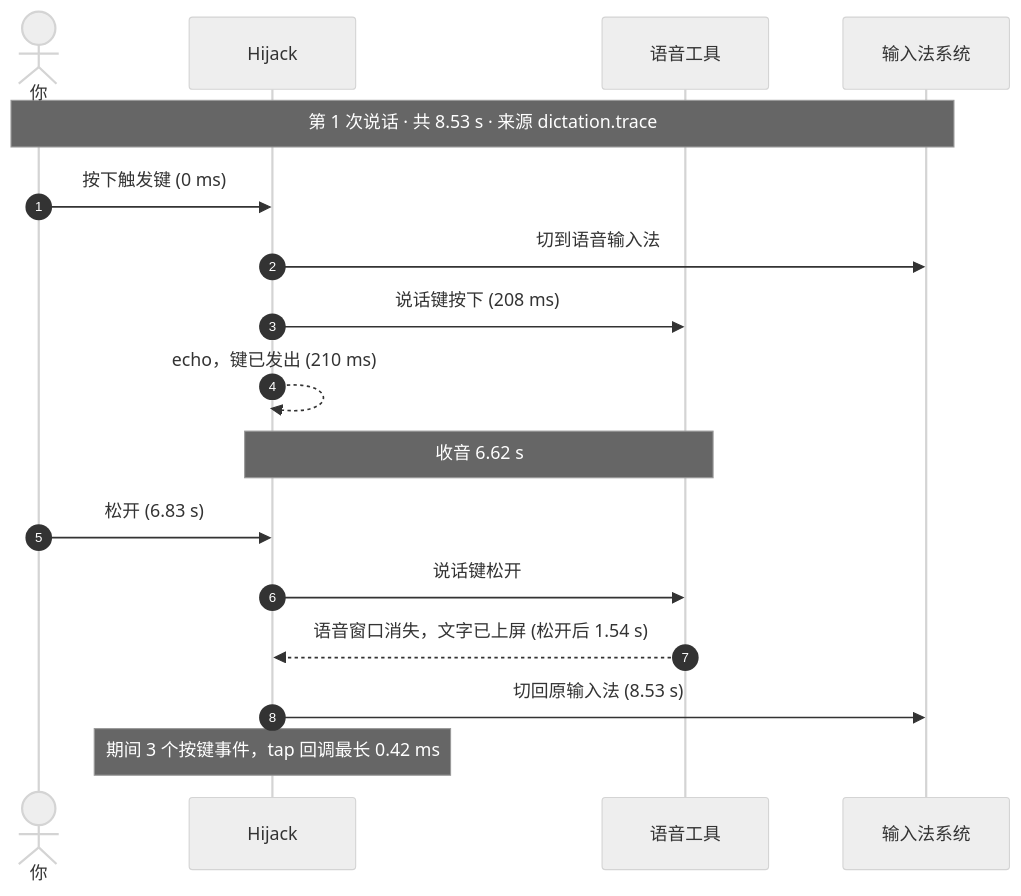
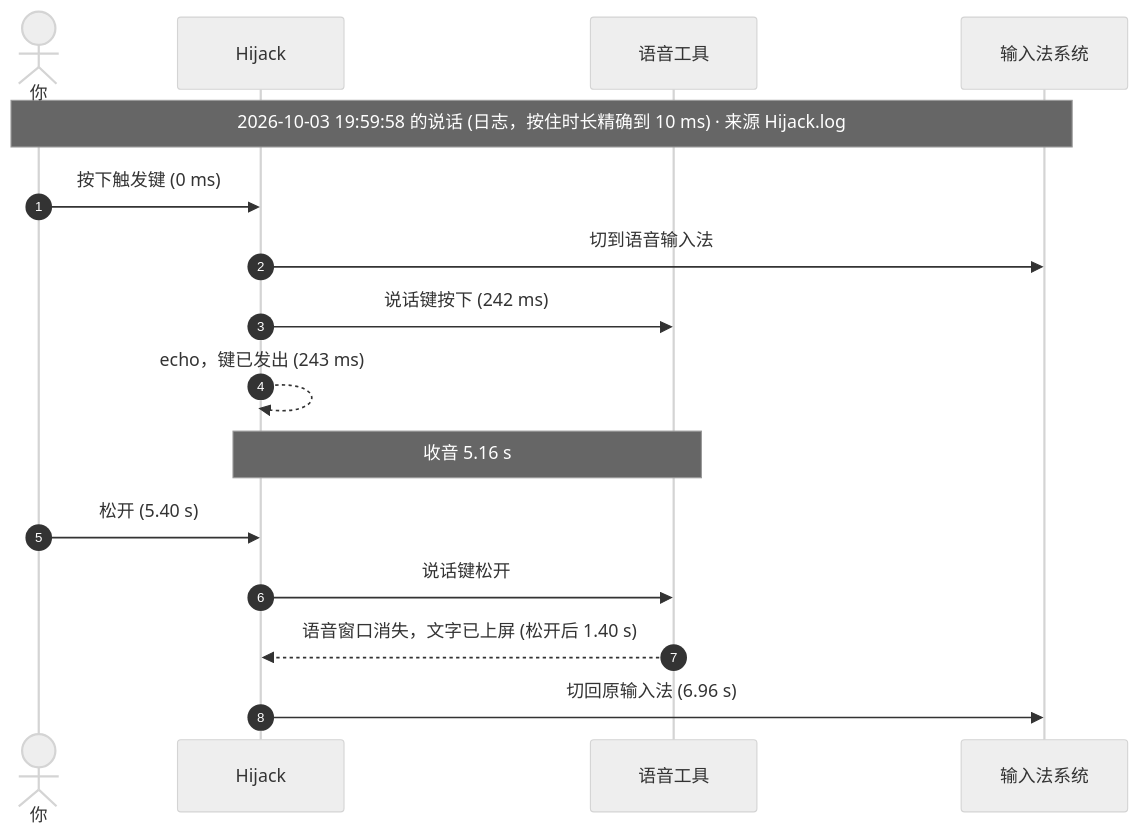
The diagram in docs/diagrams/sequence.mmd (zl190/hijack), drawn with Mermaid (neutral theme) before and after one commit. The commit also changed 2 other files, not shown here.

Commit message:
Sequence diagram from the log by default (no recording needed); held time logged to 10 ms

```diff
--- a/docs/diagrams/sequence.mmd
+++ b/docs/diagrams/sequence.mmd
@@ -1,17 +1,16 @@
 sequenceDiagram
   autonumber
   actor U as 你
   participant H as Hijack
   participant V as 语音工具
   participant I as 输入法系统
-  Note over U,I: 第 1 次说话 · 共 8.53 s · 来源 dictation.trace
+  Note over U,I: 2026-10-03 19:59:58 的说话 (日志，按住时长精确到 10 ms) · 来源 Hijack.log
   U->>H: 按下触发键 (0 ms)
   H->>I: 切到语音输入法
-  H->>V: 说话键按下 (208 ms)
-  H-->>H: echo，键已发出 (210 ms)
-  Note over H,V: 收音 6.62 s
-  U->>H: 松开 (6.83 s)
+  H->>V: 说话键按下 (242 ms)
+  H-->>H: echo，键已发出 (243 ms)
+  Note over H,V: 收音 5.16 s
+  U->>H: 松开 (5.40 s)
   H->>V: 说话键松开
-  V-->>H: 语音窗口消失，文字已上屏 (松开后 1.54 s)
-  H->>I: 切回原输入法 (8.53 s)
-  Note over H: 期间 3 个按键事件，tap 回调最长 0.42 ms
+  V-->>H: 语音窗口消失，文字已上屏 (松开后 1.40 s)
+  H->>I: 切回原输入法 (6.96 s)
```
